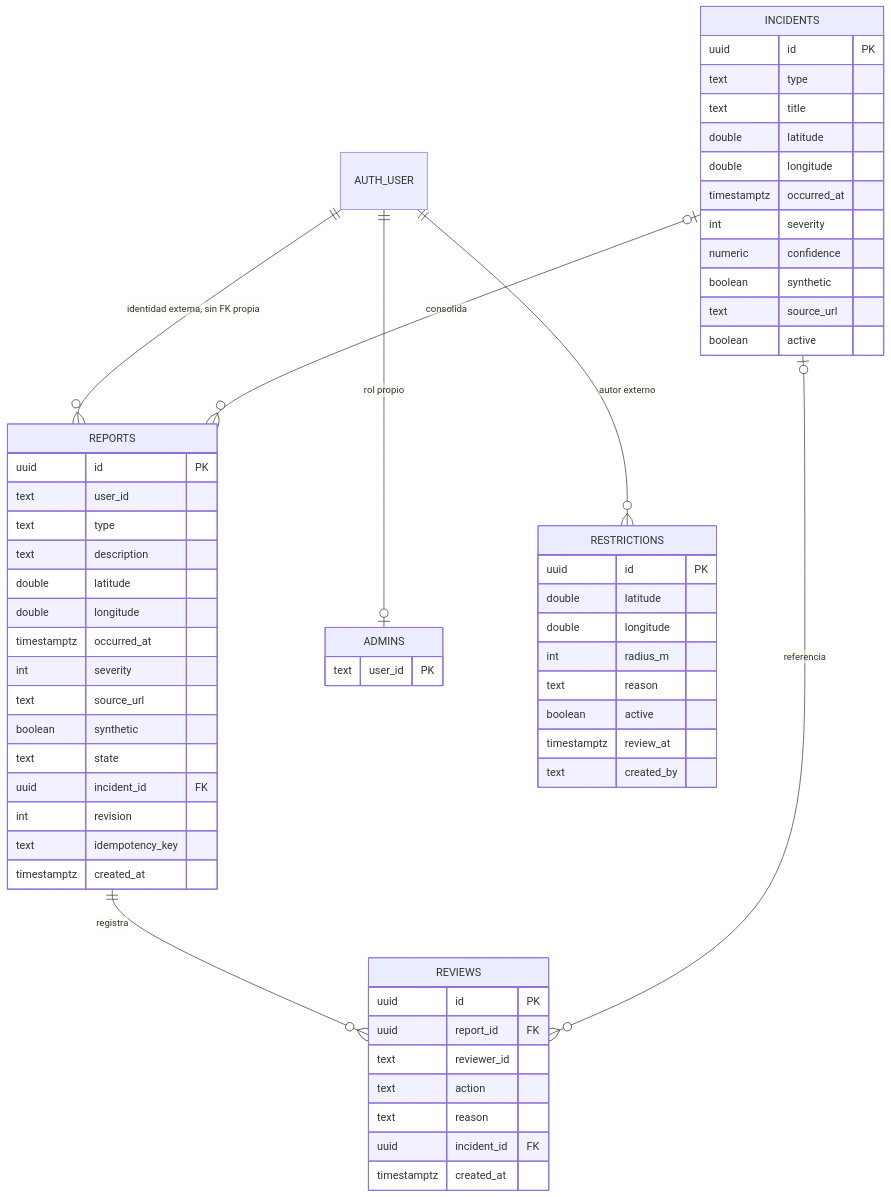
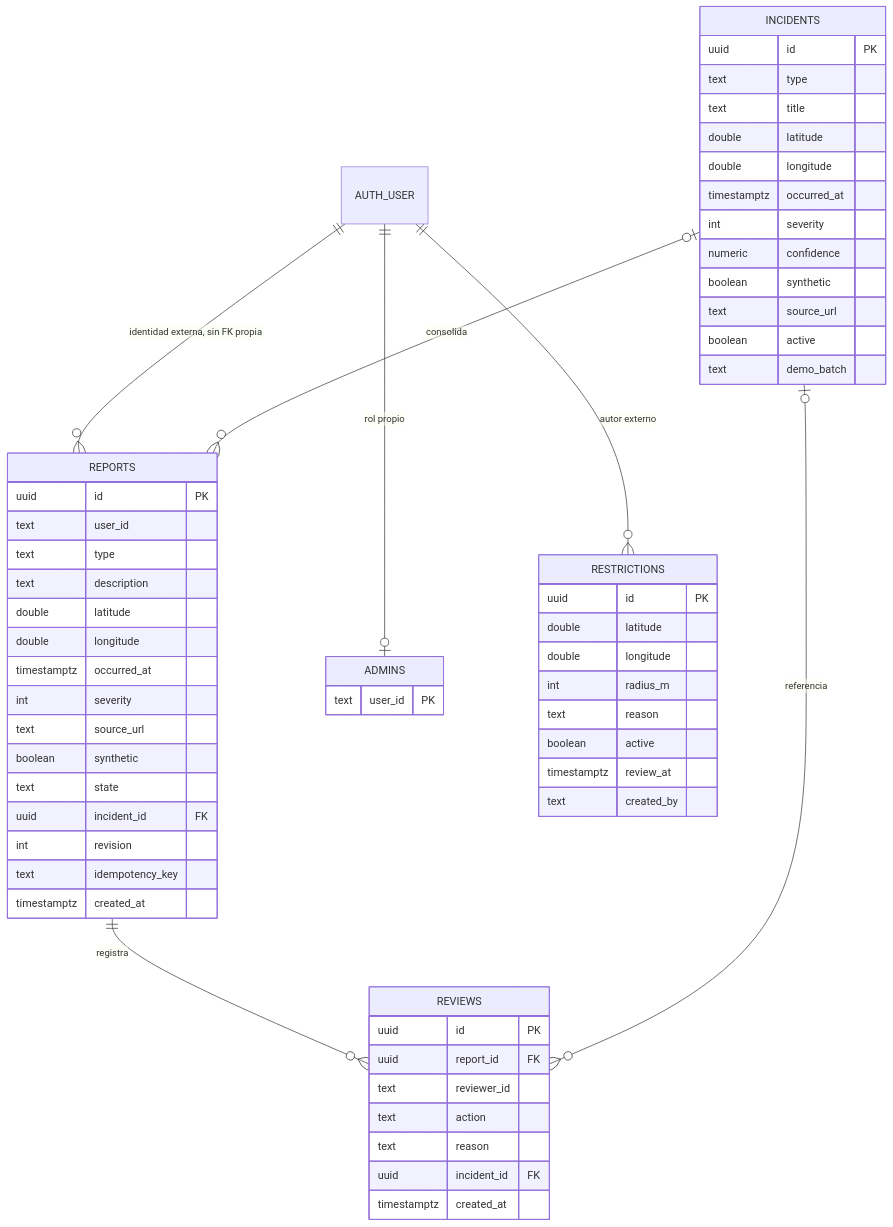
The diagram in docs/diagramas/modelo_datos_v2.mmd (RSebXC/GTVS-2027), drawn with Mermaid before and after one commit. The commit also changed 33 other files, not shown here.

```diff
--- a/docs/diagramas/modelo_datos_v2.mmd
+++ b/docs/diagramas/modelo_datos_v2.mmd
@@ -1,59 +1,60 @@
 erDiagram
   AUTH_USER ||--o{ REPORTS : "identidad externa, sin FK propia"
   AUTH_USER ||--o| ADMINS : "rol propio"
   INCIDENTS o|--o{ REPORTS : consolida
   REPORTS ||--o{ REVIEWS : registra
   INCIDENTS o|--o{ REVIEWS : referencia
   AUTH_USER ||--o{ RESTRICTIONS : "autor externo"
   REPORTS {
     uuid id PK
     text user_id
     text type
     text description
     double latitude
     double longitude
     timestamptz occurred_at
     int severity
     text source_url
     boolean synthetic
     text state
     uuid incident_id FK
     int revision
     text idempotency_key
     timestamptz created_at
   }
   INCIDENTS {
     uuid id PK
     text type
     text title
     double latitude
     double longitude
     timestamptz occurred_at
     int severity
     numeric confidence
     boolean synthetic
     text source_url
     boolean active
+    text demo_batch
   }
   REVIEWS {
     uuid id PK
     uuid report_id FK
     text reviewer_id
     text action
     text reason
     uuid incident_id FK
     timestamptz created_at
   }
   RESTRICTIONS {
     uuid id PK
     double latitude
     double longitude
     int radius_m
     text reason
     boolean active
     timestamptz review_at
     text created_by
   }
   ADMINS {
     text user_id PK
   }
```
